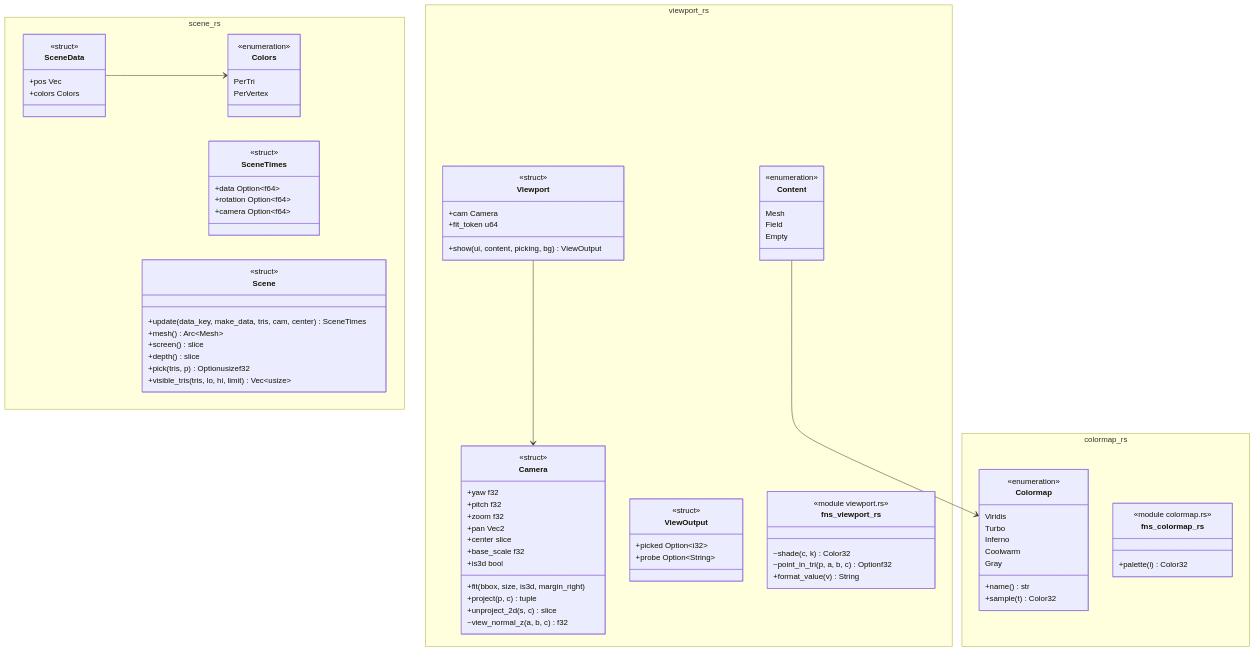
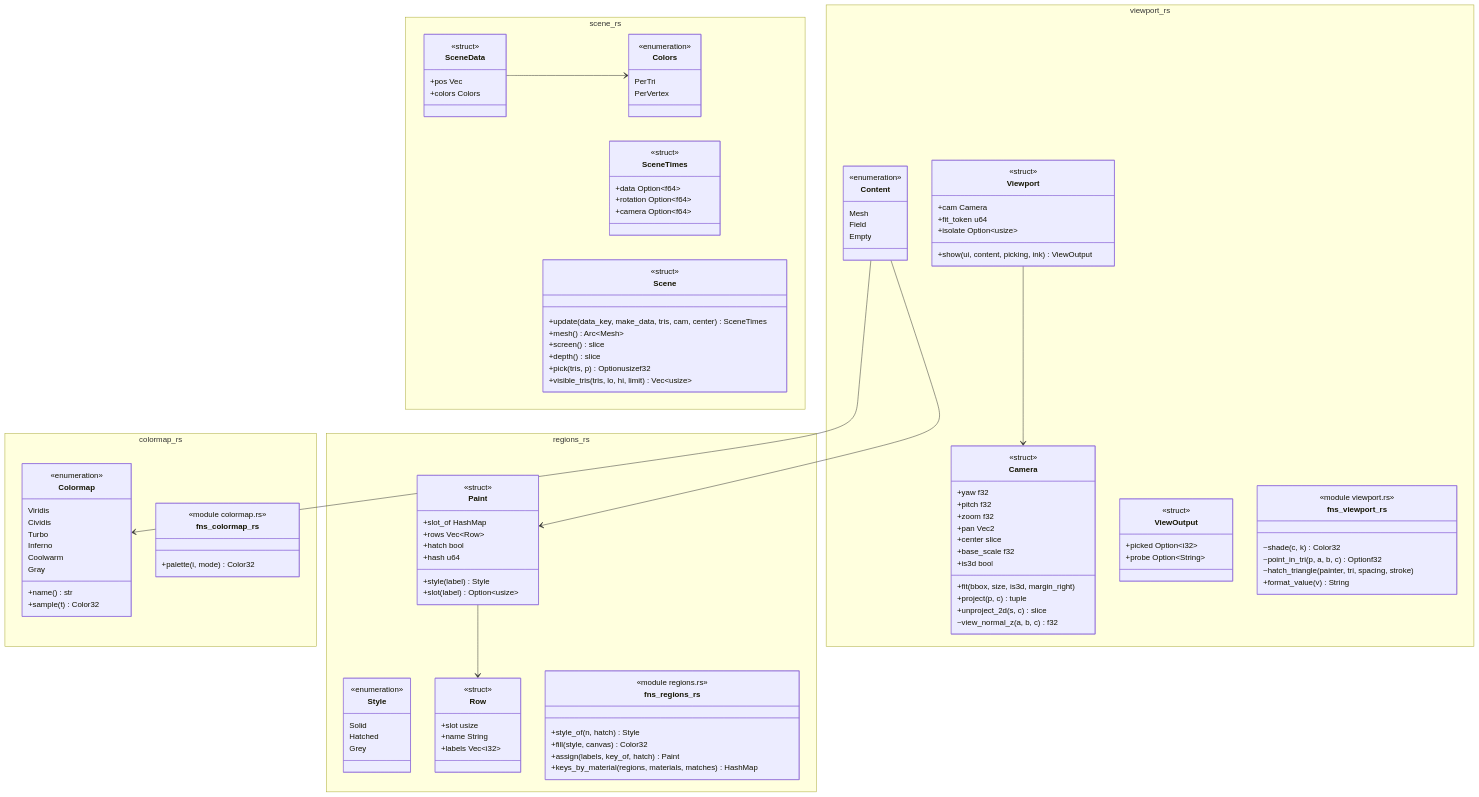
The diagram in docs/architecture/c4/4-code/app/viewport.md (p-j-r/nyx), drawn with Mermaid before and after one commit. The commit also changed other lines of this file and 39 other files, not shown here.

````diff
--- a/docs/architecture/c4/4-code/app/viewport.md
+++ b/docs/architecture/c4/4-code/app/viewport.md
@@ -38,6 +40,7 @@
     class Colormap {
         <<enumeration>>
         Viridis
+        Cividis
         Turbo
         Inferno
         Coolwarm
@@ -47,7 +50,37 @@
     }
     class fns_colormap_rs {
         <<module colormap.rs>>
-        +palette(i) Color32
+        +palette(i, mode) Color32
+    }
+  }
+  namespace regions_rs {
+    class Style {
+        <<enumeration>>
+        Solid
+        Hatched
+        Grey
+    }
+    class Row {
+        <<struct>>
+        +slot usize
+        +name String
+        +labels Vec~i32~
+    }
+    class Paint {
+        <<struct>>
+        +slot_of HashMap
+        +rows Vec~Row~
+        +hatch bool
+        +hash u64
+        +style(label) Style
+        +slot(label) Option~usize~
+    }
+    class fns_regions_rs {
+        <<module regions.rs>>
+        +style_of(n, hatch) Style
+        +fill(style, canvas) Color32
+        +assign(labels, key_of, hatch) Paint
+        +keys_by_material(regions, materials, matches) HashMap
     }
   }
   namespace scene_rs {
@@ -107,16 +140,20 @@
         <<struct>>
         +cam Camera
         +fit_token u64
-        +show(ui, content, picking, bg) ViewOutput
+        +isolate Option~usize~
+        +show(ui, content, picking, ink) ViewOutput
     }
     class fns_viewport_rs {
         <<module viewport.rs>>
         ~shade(c, k) Color32
         ~point_in_tri(p, a, b, c) Optionf32
+        ~hatch_triangle(painter, tri, spacing, stroke)
         +format_value(v) String
     }
   }
+  Paint --> Row
   SceneData --> Colors
+  Content --> Paint
   Content --> Colormap
   Viewport --> Camera
 ```
````
